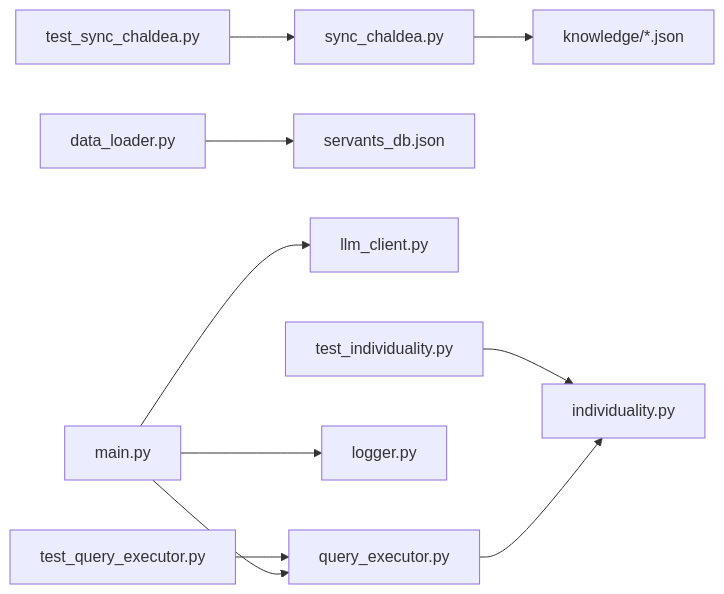
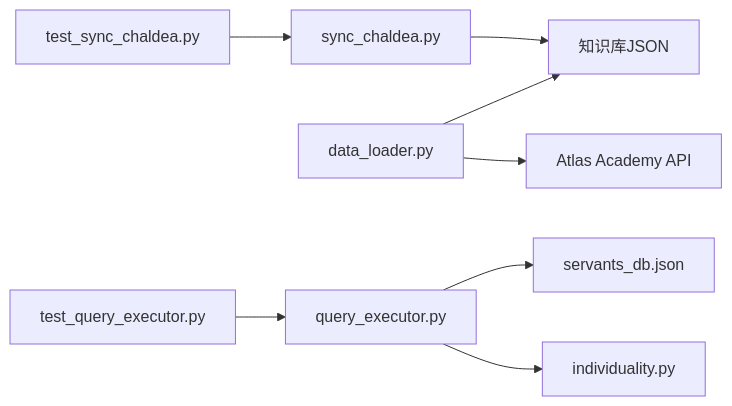
The eighth of 8 diagrams in .qoder/repowiki/zh/content/知识库系统/知识库系统.md (kanoha222/Laplace), drawn with Mermaid before and after one commit. The commit also changed other lines of this file and 54 other files, not shown here.

````diff
--- a/.qoder/repowiki/zh/content/知识库系统/知识库系统.md
+++ b/.qoder/repowiki/zh/content/知识库系统/知识库系统.md
@@ -368,12 +358,10 @@
 ```mermaid
 graph LR
-SYNC["sync_chaldea.py"] --> K["knowledge/*.json"]
-DL["data_loader.py"] --> DB["servants_db.json"]
-MAIN["main.py"] --> LLM["llm_client.py"]
-MAIN --> EXEC["query_executor.py"]
-EXEC --> IND["individuality.py"]
-MAIN --> LOG["logger.py"]
-TEST1["test_sync_chaldea.py"] --> SYNC
-TEST2["test_query_executor.py"] --> EXEC
-TEST3["test_individuality.py"] --> IND
+Sync["sync_chaldea.py"] --> K["知识库JSON"]
+DL["data_loader.py"] --> K
+DL --> API["Atlas Academy API"]
+QE["query_executor.py"] --> DB["servants_db.json"]
+QE --> Indi["individuality.py"]
+Test1["test_sync_chaldea.py"] --> Sync
+Test2["test_query_executor.py"] --> QE
 ```
````
